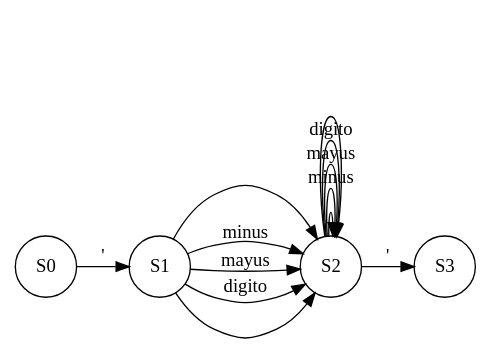
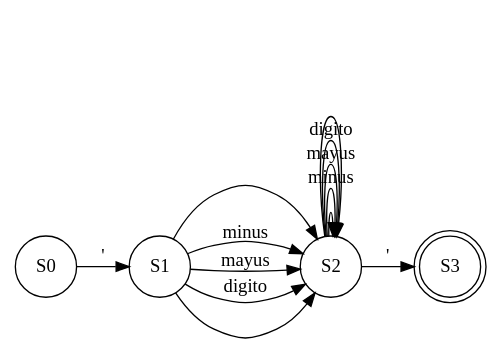
One commit to AngelArteaga1/OLC_Proyecto1_201901816 changed the diagram in OLC_Proyecto1_201901816/afd/EXP5.dot. Above: the diagram before and after it, drawn with Graphviz. The commit also changed 48 other files, not shown here.

```diff
--- a/OLC_Proyecto1_201901816/afd/EXP5.dot
+++ b/OLC_Proyecto1_201901816/afd/EXP5.dot
@@ -1,20 +1,20 @@
 digraph G{
 rankdir=LR
 node[shape=circle]
 nodo0 [ label ="S0"];
 nodo1 [ label ="S1"];
 nodo2 [ label ="S2"];
-nodo3 [ label ="S3"];
+nodo3 [ label ="S3", shape=doublecircle ];
 nodo0->nodo1 [label = "\'"]
 nodo1->nodo2 [label = "\n"]
 nodo1->nodo2 [label = "minus"]
 nodo1->nodo2 [label = "mayus"]
 nodo1->nodo2 [label = "digito"]
 nodo1->nodo2 [label = " "]
 nodo2->nodo3 [label = "\'"]
 nodo2->nodo2 [label = "\n"]
 nodo2->nodo2 [label = "minus"]
 nodo2->nodo2 [label = "mayus"]
 nodo2->nodo2 [label = "digito"]
 nodo2->nodo2 [label = " "]
 }
```
